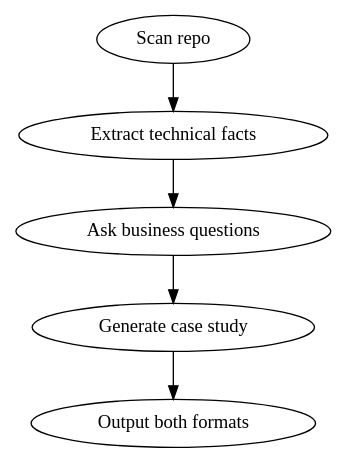
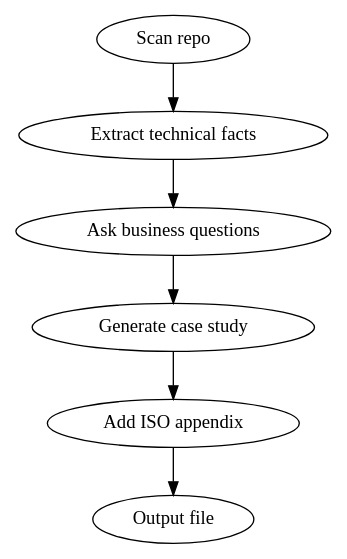
One commit to 7th-Pillar-Infotech/claude-skills changed the diagram in skills/case-study/SKILL.md. Above: the diagram before and after it, drawn with Graphviz. The commit also changed other lines of this file, not shown here.

First line of the commit message:
Update case-study skill: add ISO 9001 internal appendix layer

````diff
--- a/skills/case-study/SKILL.md
+++ b/skills/case-study/SKILL.md
@@ -20,9 +20,10 @@
 ```dot
 digraph case_study {
   rankdir=TB;
   "Scan repo" -> "Extract technical facts";
   "Extract technical facts" -> "Ask business questions";
   "Ask business questions" -> "Generate case study";
-  "Generate case study" -> "Output both formats";
+  "Generate case study" -> "Add ISO appendix";
+  "Add ISO appendix" -> "Output file";
 }
 ```
````
